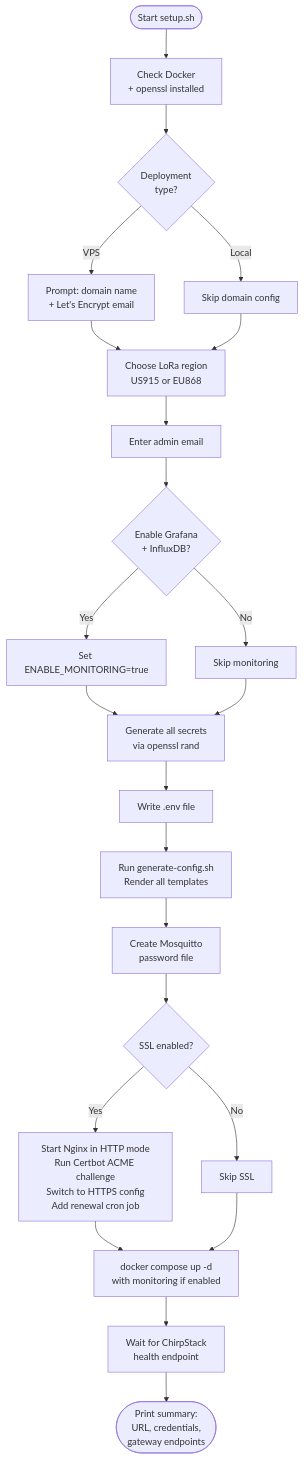
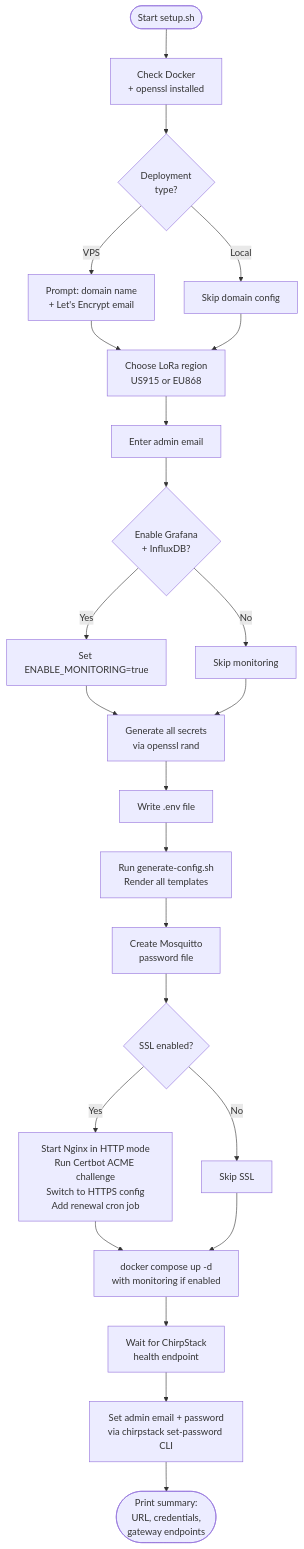
The fourth of 5 diagrams in README.md (MachineSaver/chirpstack-deploy), drawn with Mermaid before and after one commit. The commit also changed other lines of this file, not shown here.

````diff
--- a/README.md
+++ b/README.md
@@ -235,25 +234,26 @@
 ```mermaid
 flowchart TD
     A([Start setup.sh]) --> B[Check Docker\n+ openssl installed]
     B --> C{Deployment\ntype?}
     C -->|VPS| D[Prompt: domain name\n+ Let's Encrypt email]
     C -->|Local| E[Skip domain config]
     D --> F
     E --> F[Choose LoRa region\nUS915 or EU868]
     F --> G[Enter admin email]
     G --> H{Enable Grafana\n+ InfluxDB?}
     H -->|Yes| I[Set ENABLE_MONITORING=true]
     H -->|No| J[Skip monitoring]
     I --> K
     J --> K[Generate all secrets\nvia openssl rand]
     K --> L[Write .env file]
     L --> M[Run generate-config.sh\nRender all templates]
     M --> N[Create Mosquitto\npassword file]
     N --> O{SSL enabled?}
     O -->|Yes| P[Start Nginx in HTTP mode\nRun Certbot ACME challenge\nSwitch to HTTPS config\nAdd renewal cron job]
     O -->|No| Q[Skip SSL]
     P --> R
     Q --> R[docker compose up -d\nwith monitoring if enabled]
     R --> S[Wait for ChirpStack\nhealth endpoint]
-    S --> T([Print summary:\nURL, credentials,\ngateway endpoints])
+    S --> U[Set admin email + password\nvia chirpstack set-password CLI]
+    U --> T([Print summary:\nURL, credentials,\ngateway endpoints])
 ```
````
